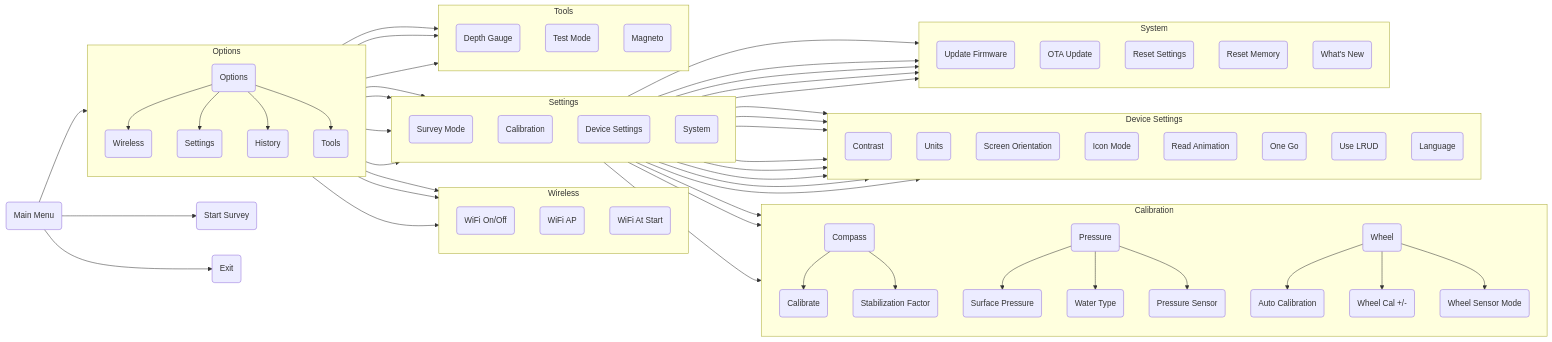
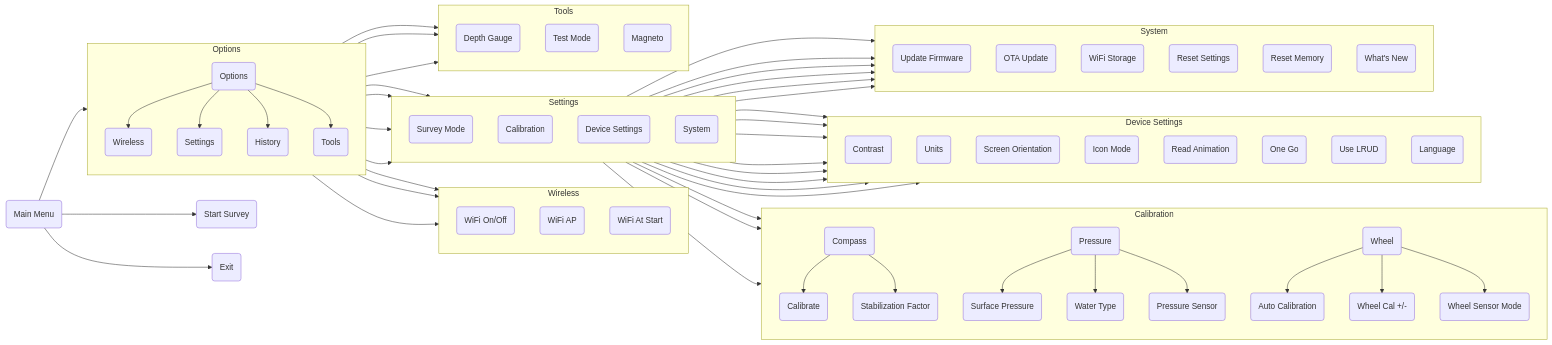
One commit to SebKister/MNemoV2-Documentation changed the diagram in docs/Menus-Overview.md. Above: the diagram before and after it, drawn with Mermaid. The commit also changed 2 other files, not shown here.

Commit message:
Document the WiFi Storage check and repair
New section "Saved networks are not kept" on the Wireless Data Transfer page:
the symptom, OPTIONS > SETTINGS > SYSTEM > WIFI STORAGE > CHECK & REPAIR,
what each result on the screen means, and that surveys, settings and compass
calibration are not affected. Links to it from "Adding networks".

Also: the WiFi Storage entry in the System menu diagram, and the
checkwifistorage / repairwifistorage commands on the Serial CLI page.

Tagged "firmware after v3.4.0" until the release that ships it is cut
(SebKister/mnemoarduino#186).

```diff
--- a/docs/Menus-Overview.md
+++ b/docs/Menus-Overview.md
@@ -105,12 +105,14 @@
         direction TB
         Update(Update Firmware)
         OTAUpdate(OTA Update)
+        WifiStorage(WiFi Storage)
         ResetSet(Reset Settings)
         ResetMem(Reset Memory)
         WhatsNew("What's New")
 
         System --> Update
         System --> OTAUpdate
+        System --> WifiStorage
         System --> ResetSet
         System --> ResetMem
         System --> WhatsNew
```
